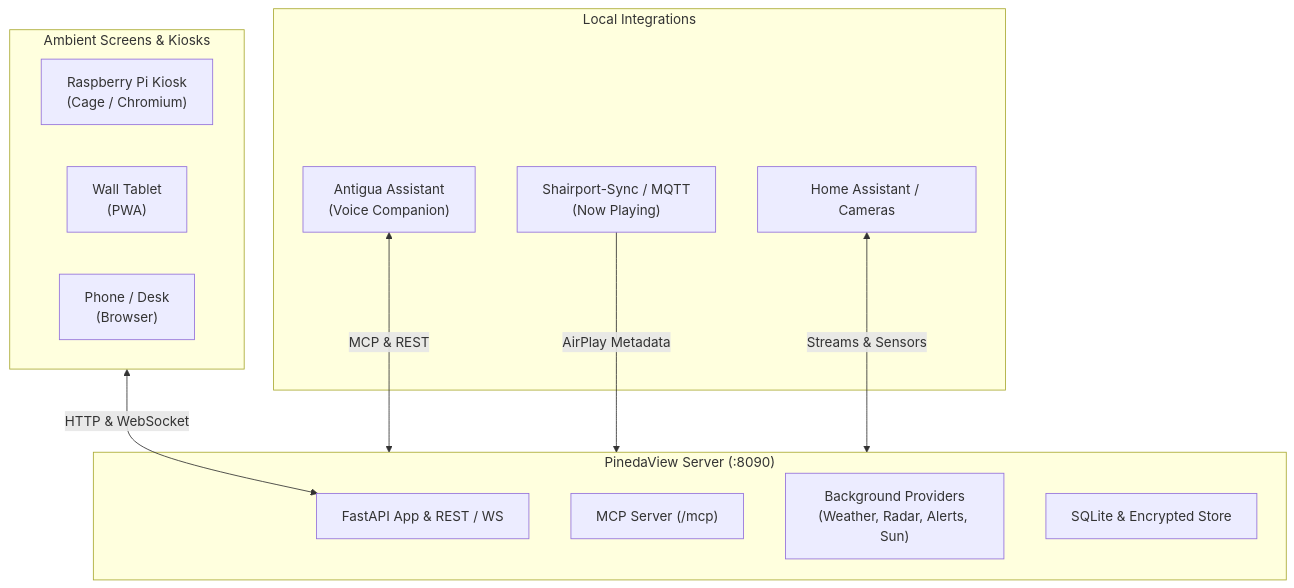
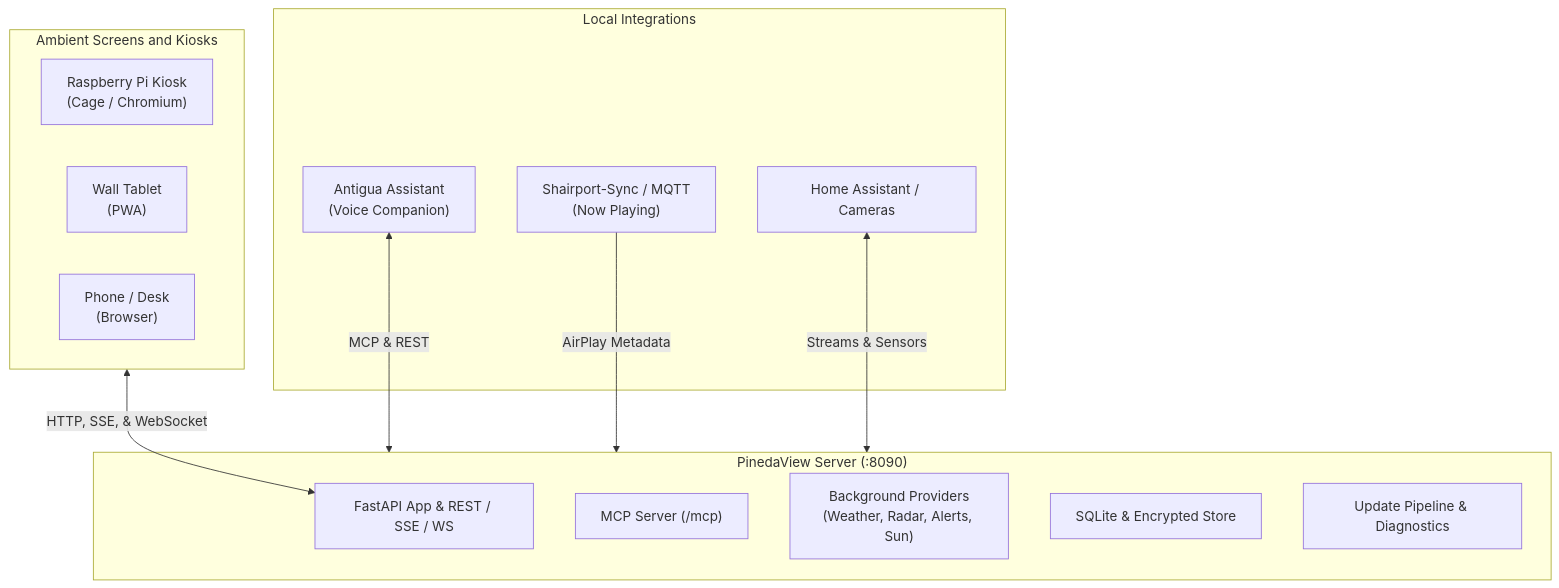
The diagram in README.md (flavanoids/PinedaView), drawn with Mermaid before and after one commit. The commit also changed other lines of this file and 110 other files, not shown here.

````diff
--- a/README.md
+++ b/README.md
@@ -7,26 +7,27 @@
 ```mermaid
 flowchart TD
-    subgraph Clients["Ambient Screens & Kiosks"]
+    subgraph Clients["Ambient Screens and Kiosks"]
         Kiosk["Raspberry Pi Kiosk<br/>(Cage / Chromium)"]
         Tablet["Wall Tablet<br/>(PWA)"]
         Phone["Phone / Desk<br/>(Browser)"]
     end
 
     subgraph Server["PinedaView Server (:8090)"]
-        API["FastAPI App & REST / WS"]
+        API["FastAPI App & REST / SSE / WS"]
         MCP["MCP Server (/mcp)"]
         Providers["Background Providers<br/>(Weather, Radar, Alerts, Sun)"]
         State["SQLite & Encrypted Store"]
+        Update["Update Pipeline & Diagnostics"]
     end
 
     subgraph Integrations["Local Integrations"]
         Antigua["Antigua Assistant<br/>(Voice Companion)"]
         MQTT["Shairport-Sync / MQTT<br/>(Now Playing)"]
         HA["Home Assistant / Cameras"]
     end
 
-    Clients <-->|"HTTP & WebSocket"| API
+    Clients <-->|"HTTP, SSE, & WebSocket"| API
     Antigua <-->|"MCP & REST"| Server
     MQTT -->|"AirPlay Metadata"| Server
     HA <-->|"Streams & Sensors"| Server
 ```
````
